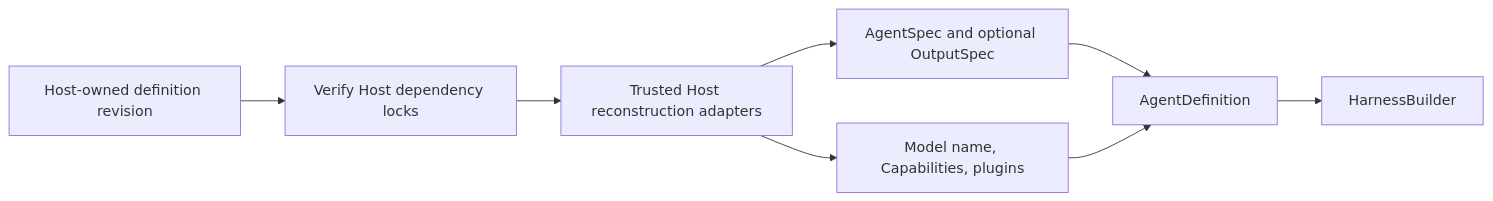
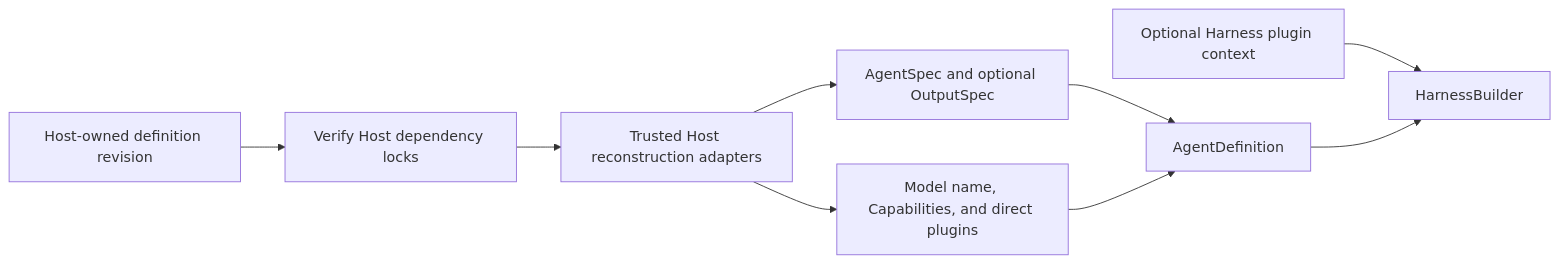
Before and after one commit to LTThreeComma/agent-foundation: the second of 2 diagrams in spec/agent-harness/03-agent-definition-and-build.md, drawn with Mermaid. The commit also changed other lines of this file and 42 other files, not shown here.

First line of the commit message:
feat(harness): add configured plugin loading

````diff
--- a/spec/agent-harness/03-agent-definition-and-build.md
+++ b/spec/agent-harness/03-agent-definition-and-build.md
@@ -142,9 +145,10 @@
 ```mermaid
 flowchart LR
     Revision[Host-owned definition revision] --> Verify[Verify Host dependency locks]
     Verify --> Adapters[Trusted Host reconstruction adapters]
     Adapters --> Spec[AgentSpec and optional OutputSpec]
-    Adapters --> Native[Model name, Capabilities, plugins]
+    Adapters --> Native[Model name, Capabilities, and direct plugins]
     Spec & Native --> Definition[AgentDefinition]
-    Definition --> Builder[HarnessBuilder]
+    PluginConfig[Optional Harness plugin context] --> Builder[HarnessBuilder]
+    Definition --> Builder
 ```
````
